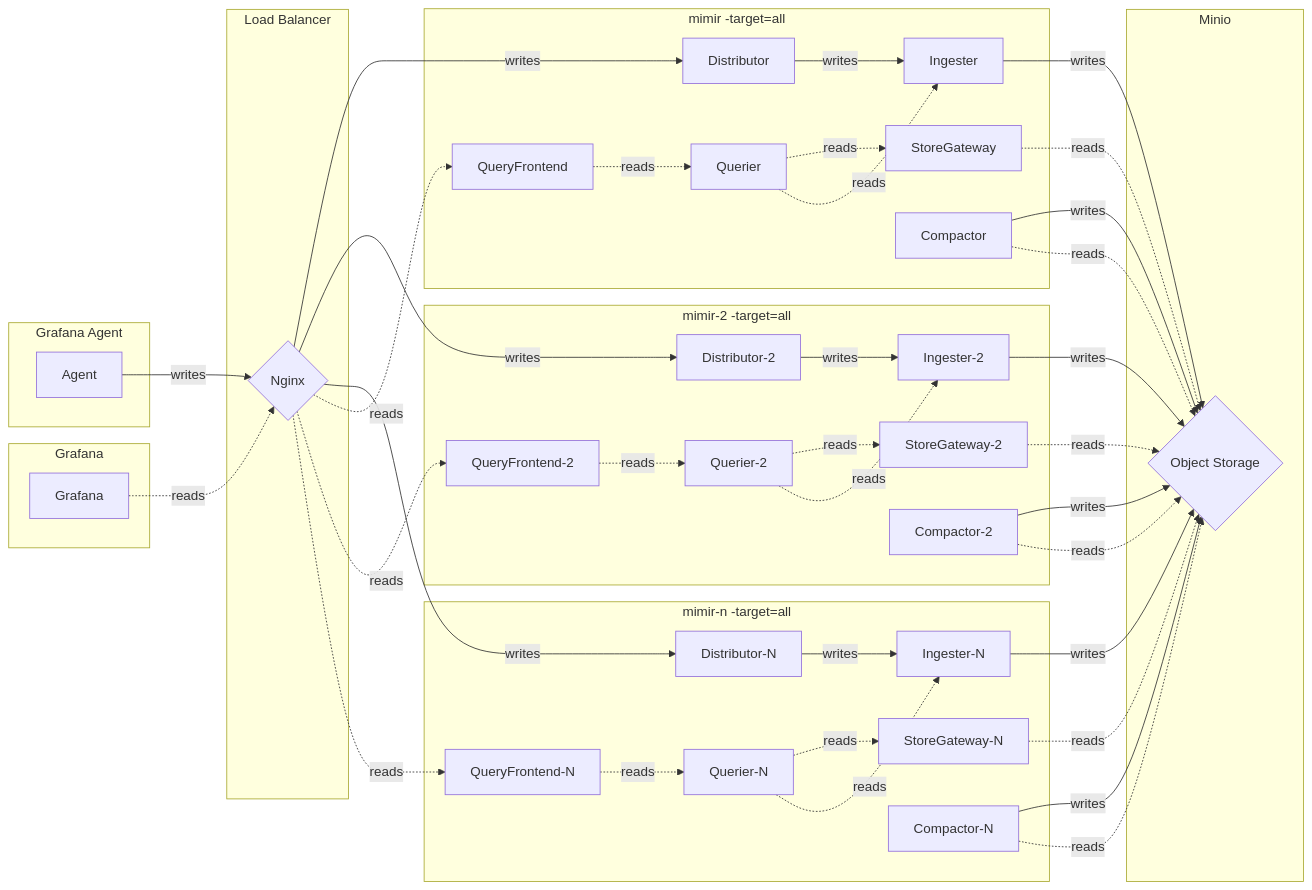
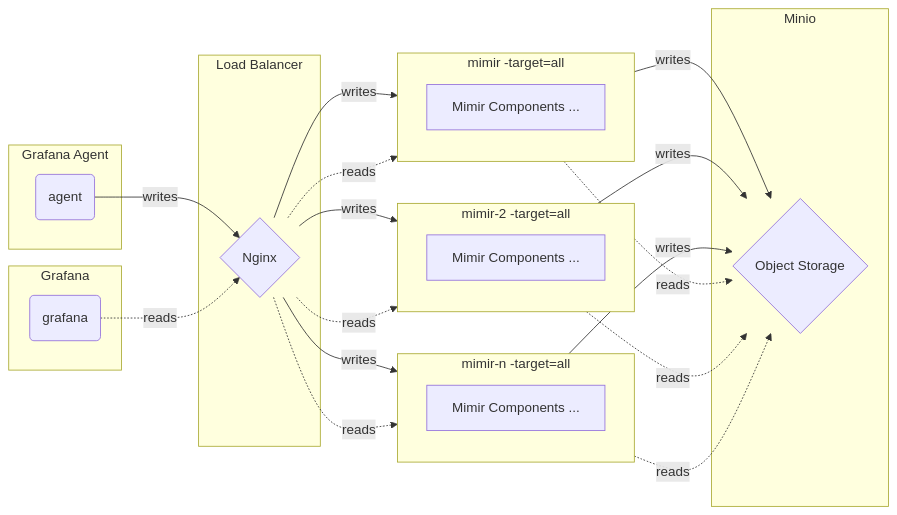
One commit to qclaogui/codelab-monitoring changed the second of 2 diagrams in docker-compose/monolithic-mode/metrics/README.md. Above: the diagram before and after it, drawn with Mermaid. The commit also changed other lines of this file and 5 other files, not shown here.

Commit message:
Flowchart code clean

````diff
--- a/docker-compose/monolithic-mode/metrics/README.md
+++ b/docker-compose/monolithic-mode/metrics/README.md
@@ -44,61 +40,34 @@
 ```mermaid
 flowchart LR
-    Agent -->|writes| Nginx -->|writes| Distributor -->|writes| Ingester -->|writes| ObjectStorage
+    A  -->|writes| GW     -->|writes| Mimir -->|writes| M
+    GW -->|writes| Mimir2 -->|writes| M
+    GW -->|writes| MimirN -->|writes| M
     
-    Nginx -->|writes| Distributor-2 -->|writes| Ingester-2 -->|writes| ObjectStorage
-    Nginx -->|writes| Distributor-N -->|writes| Ingester-N -->|writes| ObjectStorage
-    
-    Grafana -.->|reads| Nginx -.->|reads| QueryFrontend -.->|reads| Querier -.->|reads| StoreGateway -.->|reads| ObjectStorage
-    
-    Nginx -.->|reads| QueryFrontend-2 -.->|reads| Querier-2 -.->|reads| StoreGateway-2 -.->|reads| ObjectStorage
-    Nginx -.->|reads| QueryFrontend-N -.->|reads| Querier-N -.->|reads| StoreGateway-N -.->|reads| ObjectStorage
+    G  -.->|reads| GW     -.->|reads| Mimir -.->|reads| M    
+    GW -.->|reads| Mimir2 -.->|reads| M
+    GW -.->|reads| MimirN -.->|reads| M
 
     subgraph Minio
-        ObjectStorage{"Object Storage"}
+        M{"Object Storage"}
+    end
+    subgraph Agent["Grafana Agent"]
+        A("agent")
+    end
+    subgraph Grafana
+        G("grafana")
     end
 
-    subgraph GrafanaAgent["Grafana Agent"]
-        Agent
-    end
-
-    subgraph GFGraph["Grafana"]
-        Grafana
-    end
-
-    subgraph GateWay["Load Balancer"]
-        Nginx{"Nginx"}
+    subgraph Gateway["Load Balancer"]
+        GW{"Nginx"}
     end
 
     subgraph Mimir["mimir -target=all"]
-        Ingester
-        Distributor
-        StoreGateway
-        QueryFrontend
-        Querier -.->|reads| Ingester
-        
-        Compactor --> |writes| ObjectStorage
-        Compactor -.->|reads | ObjectStorage
+        CP["Mimir Components ..."]
     end
-
     subgraph Mimir2["mimir-2 -target=all"]
-        Ingester-2
-        Distributor-2
-        StoreGateway-2
-        QueryFrontend-2
-        Querier-2 -.->|reads| Ingester-2
-        
-        Compactor-2 --> |writes| ObjectStorage
-        Compactor-2 -.->|reads | ObjectStorage
+        CP-2["Mimir Components ..."]
     end
-
     subgraph MimirN["mimir-n -target=all"]
-        Ingester-N
-        Distributor-N
-        StoreGateway-N
-        QueryFrontend-N
-        Querier-N -.->|reads| Ingester-N
-        
-        Compactor-N --> |writes| ObjectStorage
-        Compactor-N -.->|reads | ObjectStorage
+        CP-N["Mimir Components ..."]
     end
 ```
````
